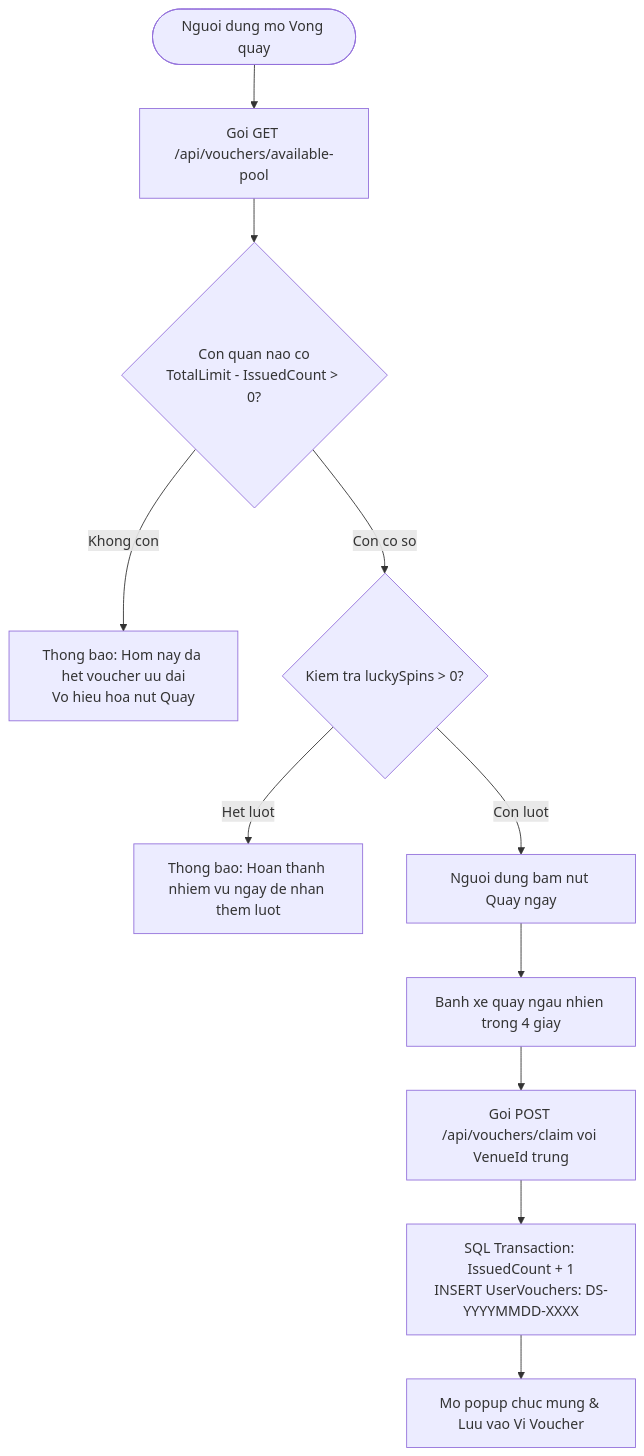
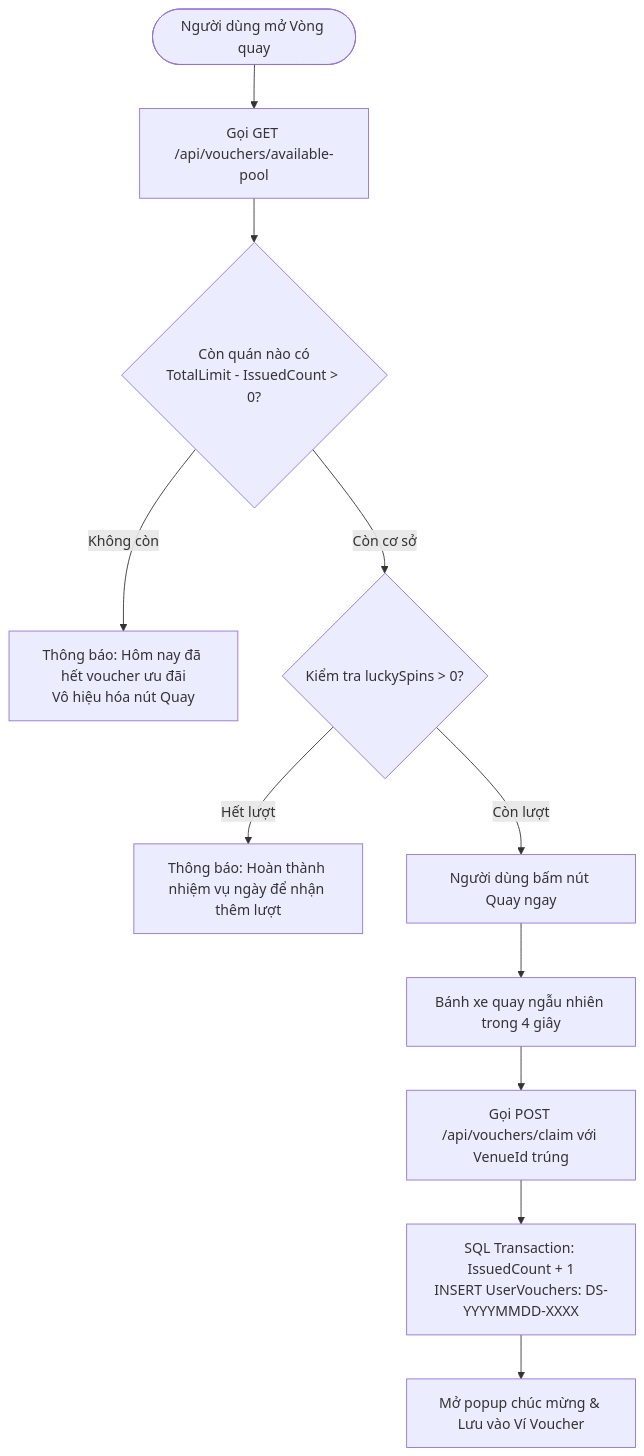
Before and after one commit to ZangKai2k3/dak-song-quest: the sixth of 10 diagrams in MO_TA_HE_THONG.md, drawn with Mermaid. The commit also changed other lines of this file and 2 other files, not shown here.

Commit message:
docs: chuyen doi toan bo file md sang tieng Viet co dau chuan chinh, khong emoji

````diff
--- a/MO_TA_HE_THONG.md
+++ b/MO_TA_HE_THONG.md
@@ -511,13 +511,13 @@
 ```mermaid
 flowchart TD
-    StartG([Nguoi dung mo Vong quay]) --> QueryPool[Goi GET /api/vouchers/available-pool]
-    QueryPool --> CheckLimit{Con quan nao co\nTotalLimit - IssuedCount > 0?}
-    CheckLimit -- "Khong con" --> NoticeEmpty[Thong bao: Hom nay da het voucher uu dai\nVo hieu hoa nut Quay]
-    CheckLimit -- "Con co so" --> CheckSpin{Kiem tra luckySpins > 0?}
-    CheckSpin -- "Het luot" --> NoticeNeedTask[Thong bao: Hoan thanh nhiem vu ngay de nhan them luot]
-    CheckSpin -- "Con luot" --> UserSpin[Nguoi dung bam nut Quay ngay]
-    UserSpin --> SpinWheel[Banh xe quay ngau nhien trong 4 giay]
-    SpinWheel --> PostClaim[Goi POST /api/vouchers/claim voi VenueId trung]
-    PostClaim --> DBTransaction[SQL Transaction: IssuedCount + 1\nINSERT UserVouchers: DS-YYYYMMDD-XXXX]
-    DBTransaction --> AwardPopup[Mo popup chuc mung & Luu vao Vi Voucher]
+    StartG(["Người dùng mở Vòng quay"]) --> QueryPool["Gọi GET /api/vouchers/available-pool"]
+    QueryPool --> CheckLimit{"Còn quán nào có\nTotalLimit - IssuedCount > 0?"}
+    CheckLimit -- "Không còn" --> NoticeEmpty["Thông báo: Hôm nay đã hết voucher ưu đãi\nVô hiệu hóa nút Quay"]
+    CheckLimit -- "Còn cơ sở" --> CheckSpin{"Kiểm tra luckySpins > 0?"}
+    CheckSpin -- "Hết lượt" --> NoticeNeedTask["Thông báo: Hoàn thành nhiệm vụ ngày để nhận thêm lượt"]
+    CheckSpin -- "Còn lượt" --> UserSpin["Người dùng bấm nút Quay ngay"]
+    UserSpin --> SpinWheel["Bánh xe quay ngẫu nhiên trong 4 giây"]
+    SpinWheel --> PostClaim["Gọi POST /api/vouchers/claim với VenueId trúng"]
+    PostClaim --> DBTransaction["SQL Transaction: IssuedCount + 1\nINSERT UserVouchers: DS-YYYYMMDD-XXXX"]
+    DBTransaction --> AwardPopup["Mở popup chúc mừng & Lưu vào Ví Voucher"]
 ```
````
